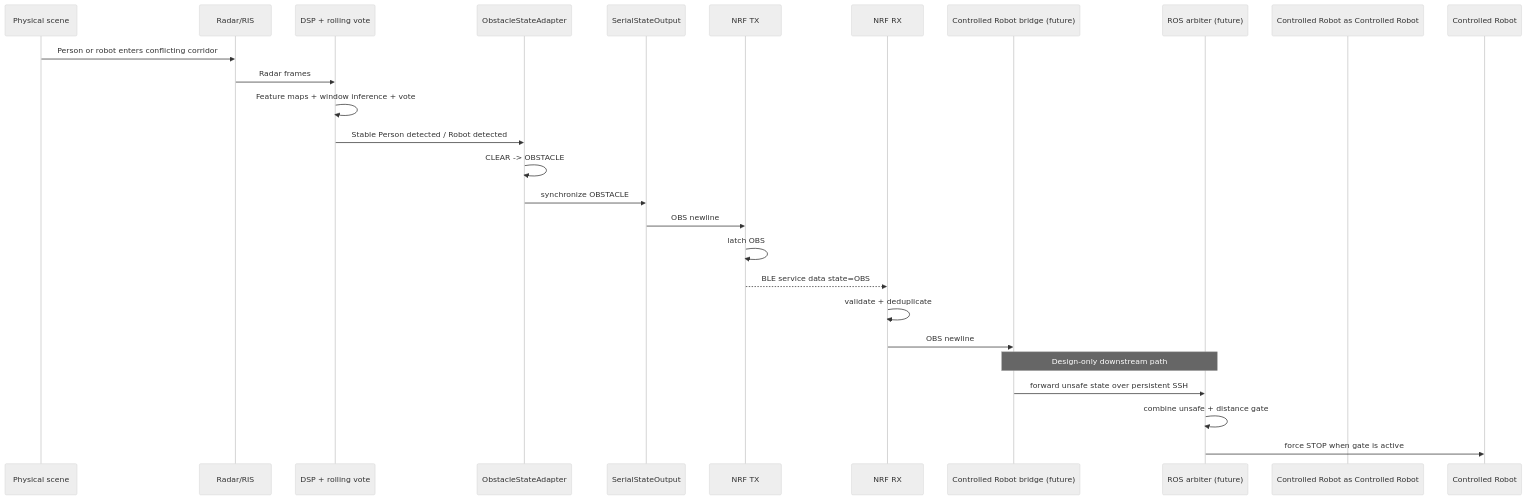
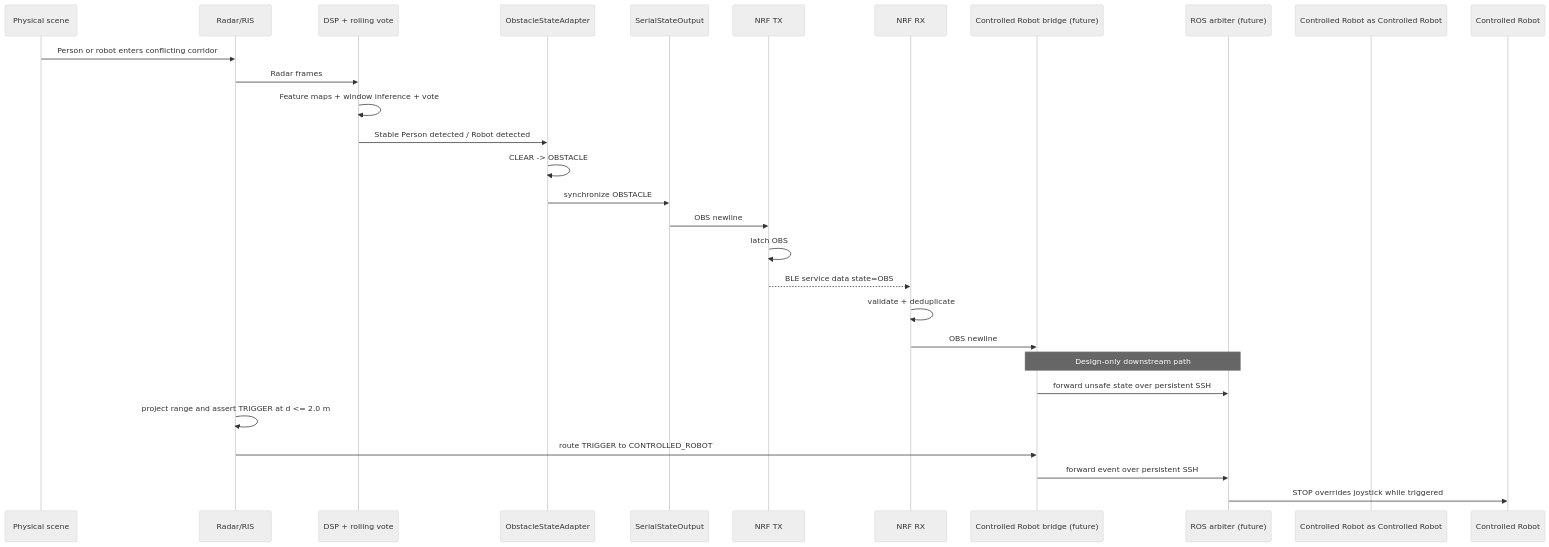
One commit to kirolossedra/RIS-Robotics changed the fourth of 12 diagrams in docs/architecture/system/views.md. Above: the diagram before and after it, drawn with Mermaid (neutral theme). The commit also changed other lines of this file and 27 other files, not shown here.

````diff
--- a/docs/architecture/system/views.md
+++ b/docs/architecture/system/views.md
@@ -251,29 +252,31 @@
 ```mermaid
 sequenceDiagram
     participant Scene as Physical scene
     participant Radar as Radar/RIS
     participant DSP as DSP + rolling vote
     participant Adapter as ObstacleStateAdapter
     participant Serial as SerialStateOutput
     participant TX as NRF TX
     participant RX as NRF RX
     participant Bridge as Controlled Robot bridge (future)
     participant Arbiter as ROS arbiter (future)
     participant Controlled Robot as Controlled Robot
 
     Scene->>Radar: Person or robot enters conflicting corridor
     Radar->>DSP: Radar frames
     DSP->>DSP: Feature maps + window inference + vote
     DSP->>Adapter: Stable Person detected / Robot detected
     Adapter->>Adapter: CLEAR -> OBSTACLE
     Adapter->>Serial: synchronize OBSTACLE
     Serial->>TX: OBS newline
     TX->>TX: latch OBS
     TX-->>RX: BLE service data state=OBS
     RX->>RX: validate + deduplicate
     RX->>Bridge: OBS newline
     Note over Bridge,Arbiter: Design-only downstream path
     Bridge->>Arbiter: forward unsafe state over persistent SSH
-    Arbiter->>Arbiter: combine unsafe + distance gate
-    Arbiter->>Controlled Robot: force STOP when gate is active
+    Radar->>Radar: project range and assert TRIGGER at d <= 2.0 m
+    Radar->>Bridge: route TRIGGER to CONTROLLED_ROBOT
+    Bridge->>Arbiter: forward event over persistent SSH
+    Arbiter->>Controlled Robot: STOP overrides joystick while triggered
 ```
````
